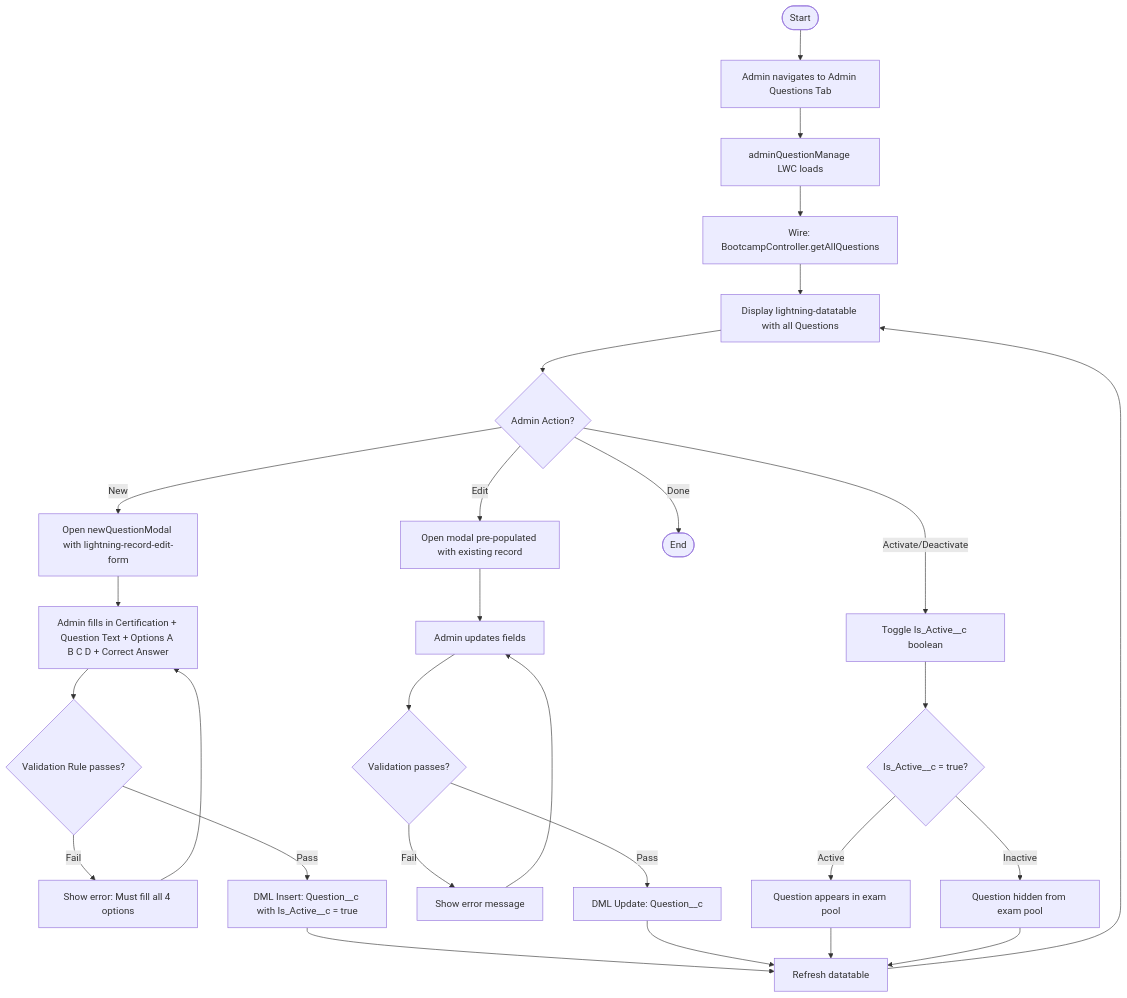
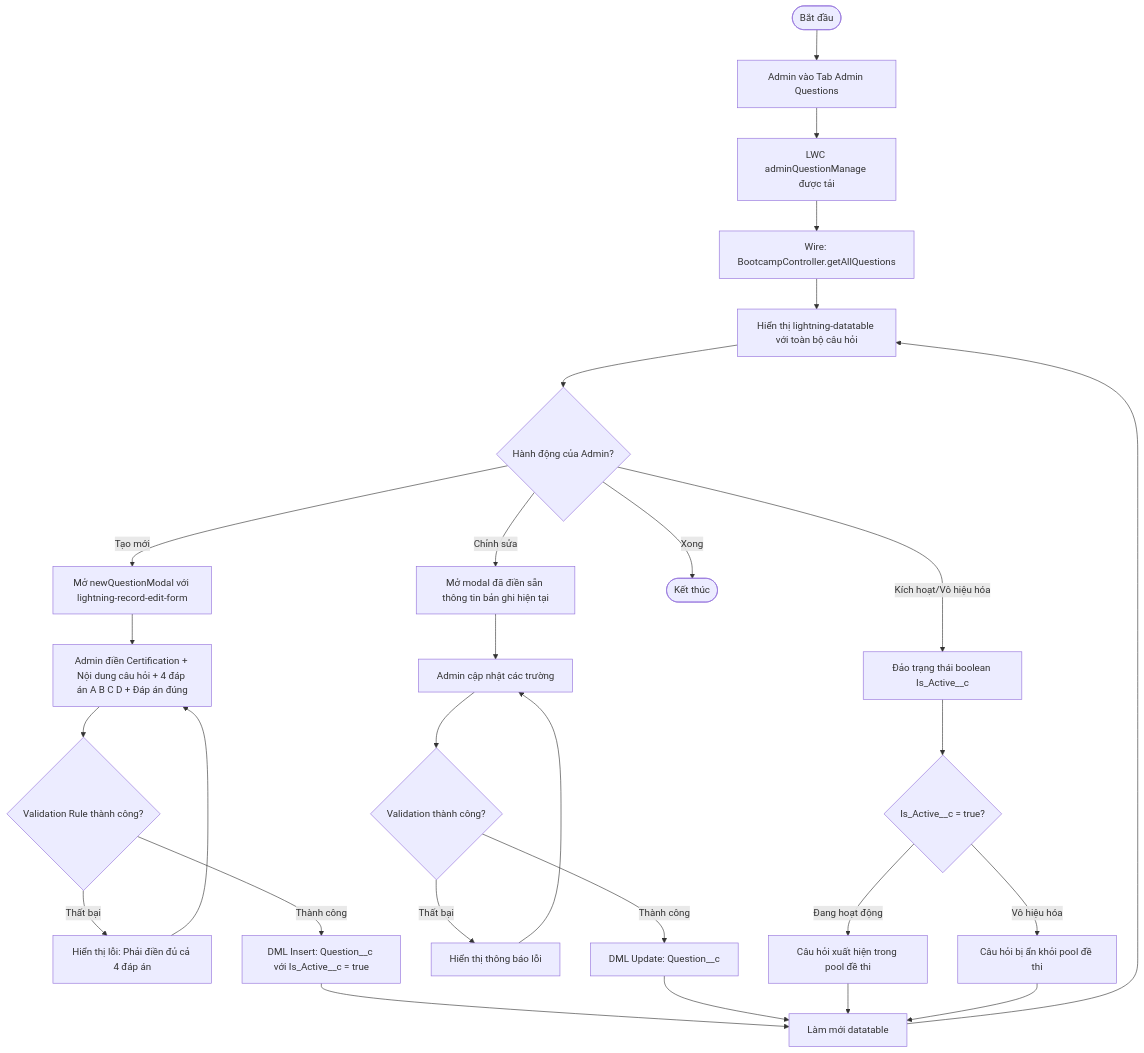
The fourth of 8 diagrams in Flow.md (LaPhuocLoc/Salesforce-Project), drawn with Mermaid before and after one commit. The commit also changed other lines of this file, not shown here.

Commit message:
Translate Business Process Flows to Vietnamese

````diff
--- a/Flow.md
+++ b/Flow.md
@@ -102,30 +102,30 @@
 ```mermaid
 flowchart TD
-    A([Start]) --> B[Admin navigates to Admin Questions Tab]
-    B --> C[adminQuestionManage LWC loads]
+    A([Bắt đầu]) --> B[Admin vào Tab Admin Questions]
+    B --> C[LWC adminQuestionManage được tải]
     C --> D[Wire: BootcampController.getAllQuestions]
-    D --> E[Display lightning-datatable with all Questions]
-    E --> F{Admin Action?}
-    F -- New --> G[Open newQuestionModal with lightning-record-edit-form]
-    G --> H[Admin fills in Certification + Question Text + Options A B C D + Correct Answer]
-    H --> I{Validation Rule passes?}
-    I -- Fail --> J[Show error: Must fill all 4 options]
+    D --> E[Hiển thị lightning-datatable với toàn bộ câu hỏi]
+    E --> F{Hành động của Admin?}
+    F -- Tạo mới --> G[Mở newQuestionModal với lightning-record-edit-form]
+    G --> H[Admin điền Certification + Nội dung câu hỏi + 4 đáp án A B C D + Đáp án đúng]
+    H --> I{Validation Rule thành công?}
+    I -- Thất bại --> J[Hiển thị lỗi: Phải điền đủ cả 4 đáp án]
     J --> H
-    I -- Pass --> K[DML Insert: Question__c with Is_Active__c = true]
-    K --> L[Refresh datatable]
+    I -- Thành công --> K[DML Insert: Question__c với Is_Active__c = true]
+    K --> L[Làm mới datatable]
     L --> E
-    F -- Edit --> M[Open modal pre-populated with existing record]
-    M --> N[Admin updates fields]
-    N --> O{Validation passes?}
-    O -- Fail --> P[Show error message]
+    F -- Chỉnh sửa --> M[Mở modal đã điền sẵn thông tin bản ghi hiện tại]
+    M --> N[Admin cập nhật các trường]
+    N --> O{Validation thành công?}
+    O -- Thất bại --> P[Hiển thị thông báo lỗi]
     P --> N
-    O -- Pass --> Q[DML Update: Question__c]
+    O -- Thành công --> Q[DML Update: Question__c]
     Q --> L
-    F -- Activate/Deactivate --> R[Toggle Is_Active__c boolean]
+    F -- Kích hoạt/Vô hiệu hóa --> R[Đảo trạng thái boolean Is_Active__c]
     R --> S{Is_Active__c = true?}
-    S -- Active --> T[Question appears in exam pool]
-    S -- Inactive --> U[Question hidden from exam pool]
+    S -- Đang hoạt động --> T[Câu hỏi xuất hiện trong pool đề thi]
+    S -- Vô hiệu hóa --> U[Câu hỏi bị ẩn khỏi pool đề thi]
     T --> L
     U --> L
-    F -- Done --> V([End])
+    F -- Xong --> V([Kết thúc])
 ```
````
